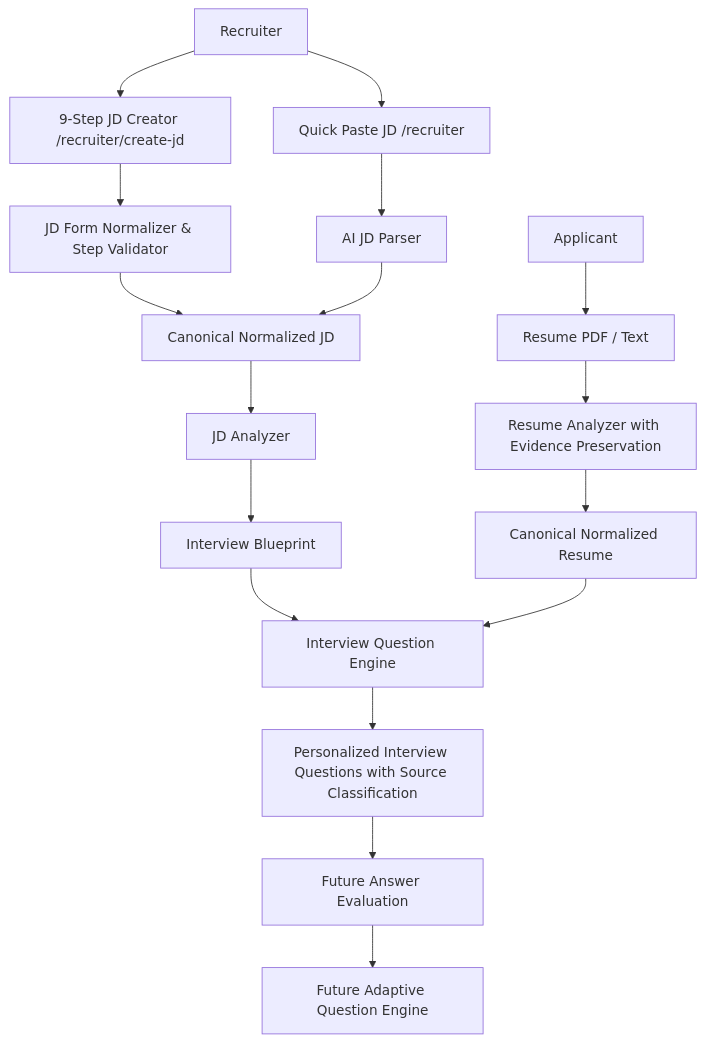
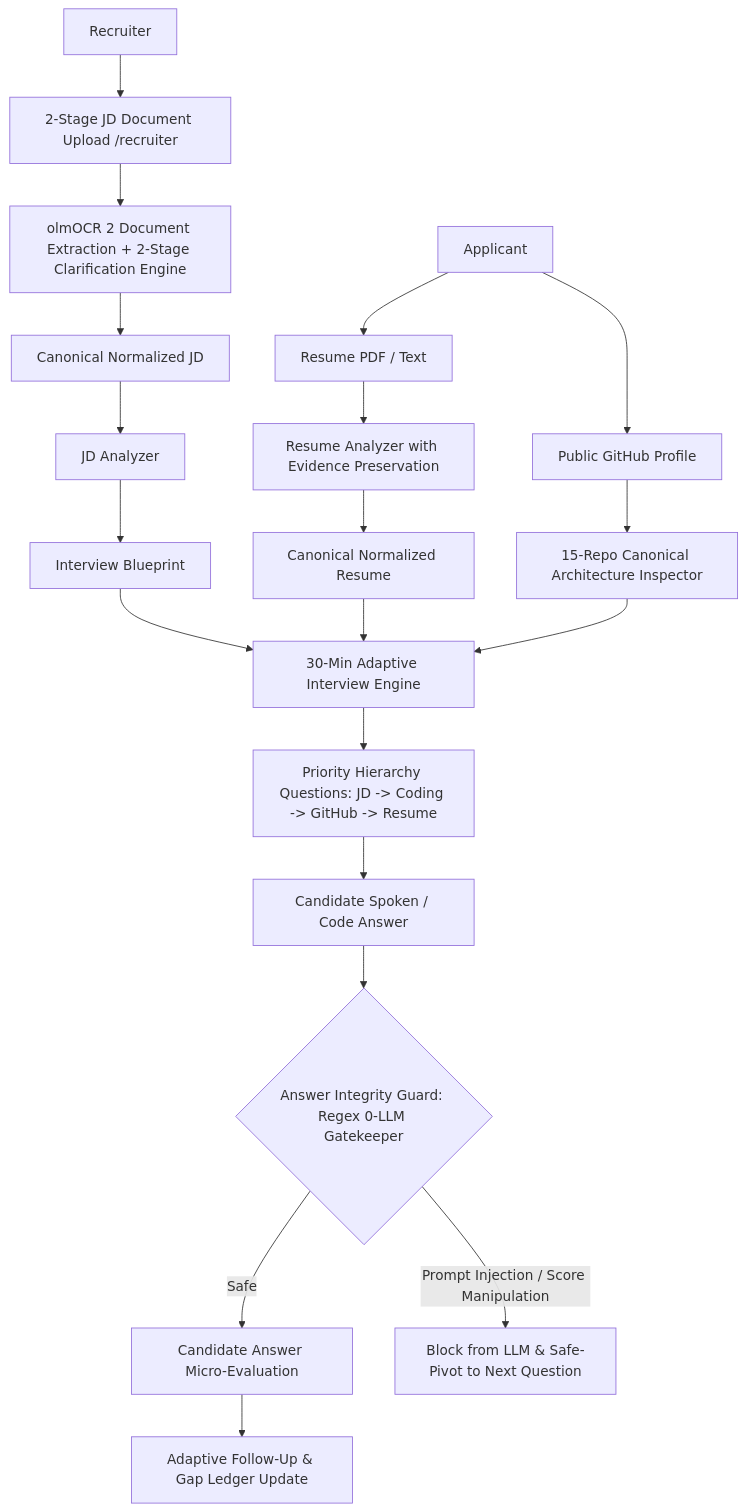
Before and after one commit to rashidiqubal-source/Manakin-AI-Interview: the diagram in docs/ai-analysis-architecture.md, drawn with Mermaid. The commit also changed other lines of this file and 106 other files, not shown here.

Commit message:
feat: implement evidence-driven AI interview framework with proctoring correlation, resume verification, and adaptive evaluation tools

````diff
--- a/docs/ai-analysis-architecture.md
+++ b/docs/ai-analysis-architecture.md
@@ -7,29 +7,32 @@
 ```mermaid
 flowchart TD
 
     R[Recruiter]
 
-    R --> F[9-Step JD Creator /recruiter/create-jd]
-    R --> Q[Quick Paste JD /recruiter]
+    R --> U[2-Stage JD Document Upload /recruiter]
+    U --> OCR[olmOCR 2 Document Extraction + 2-Stage Clarification Engine]
 
-    F --> V[JD Form Normalizer & Step Validator]
-    Q --> P[AI JD Parser]
-
-    V --> N[Canonical Normalized JD]
-    P --> N
+    OCR --> N[Canonical Normalized JD]
 
     N --> A[JD Analyzer]
     A --> B[Interview Blueprint]
 
     AP[Applicant] --> RES[Resume PDF / Text]
     RES --> RA[Resume Analyzer with Evidence Preservation]
     RA --> NR[Canonical Normalized Resume]
 
-    B --> QE[Interview Question Engine]
+    AP --> GH[Public GitHub Profile]
+    GH --> GHA[15-Repo Canonical Architecture Inspector]
+
+    B --> QE[30-Min Adaptive Interview Engine]
     NR --> QE
+    GHA --> QE
 
-    QE --> QUESTIONS[Personalized Interview Questions with Source Classification]
+    QE --> QUESTIONS[Priority Hierarchy Questions: JD -> Coding -> GitHub -> Resume]
 
-    QUESTIONS --> FUTURE[Future Answer Evaluation]
-    FUTURE --> ADAPTIVE[Future Adaptive Question Engine]
+    QUESTIONS --> ANS[Candidate Spoken / Code Answer]
+    ANS --> GUARD{Answer Integrity Guard: Regex 0-LLM Gatekeeper}
+    GUARD -->|Safe| EVAL[Candidate Answer Micro-Evaluation]
+    GUARD -->|Prompt Injection / Score Manipulation| PIVOT[Block from LLM & Safe-Pivot to Next Question]
+    EVAL --> ADAPTIVE[Adaptive Follow-Up & Gap Ledger Update]
 ```
````
